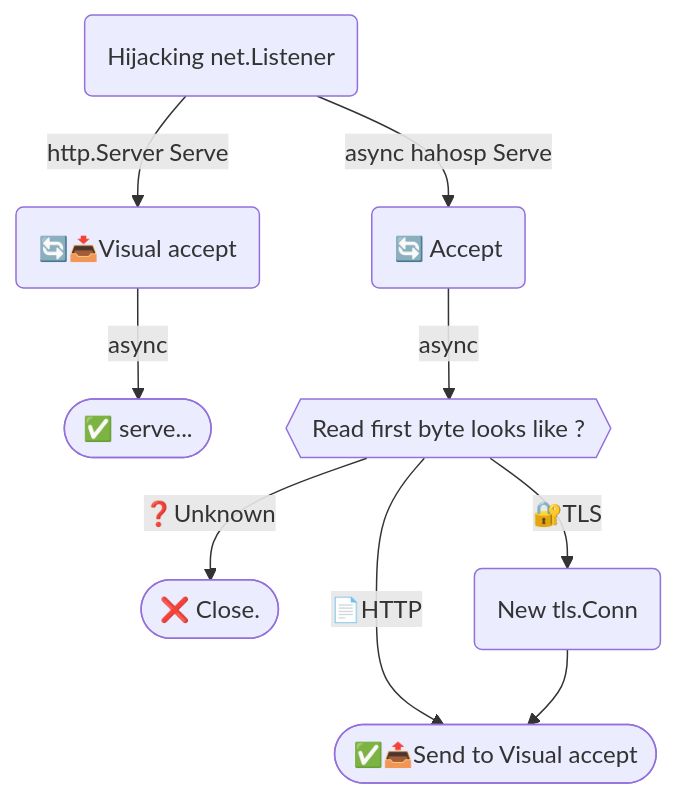
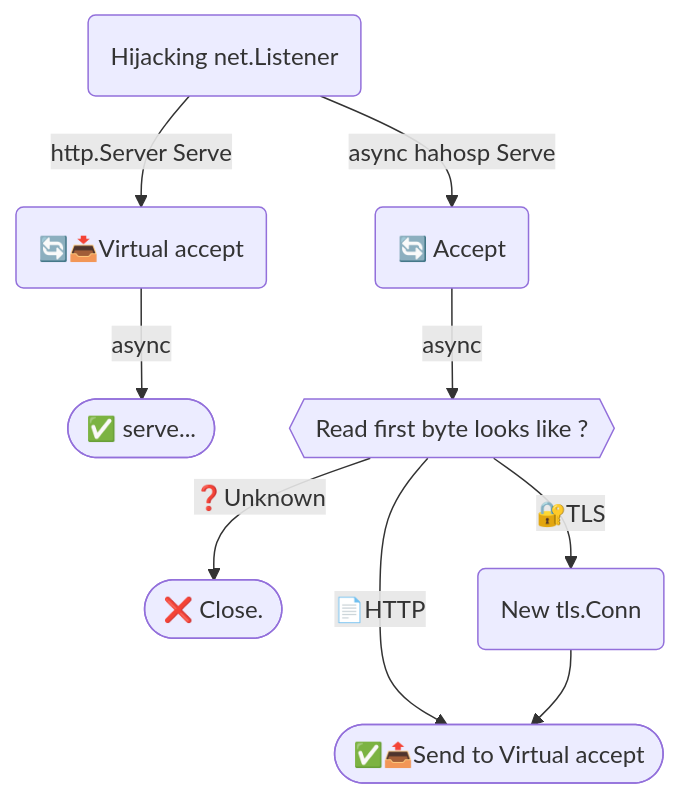
Before and after one commit to bddjr/hahosp: the diagram in README.md, drawn with Mermaid.

````diff
--- a/README.md
+++ b/README.md
@@ -39,17 +39,17 @@
 ```mermaid
 flowchart TD
-	VisualListener("Hijacking net.Listener")
-    VisualAccept("🔄📥Visual accept")
+	VirtualListener("Hijacking net.Listener")
+    VirtualAccept("🔄📥Virtual accept")
     Accept("🔄 Accept")
     Serve(["✅ serve..."])
 	LooksLike{{"Read first byte looks like ?"}}
 	Close(["❌ Close."])
-    SentToVA(["✅📤Send to Visual accept"])
+    SentToVA(["✅📤Send to Virtual accept"])
     NewTLS("New tls.Conn")
 
-    VisualListener -- "http.Server Serve" --> VisualAccept -- "async" --> Serve
-    VisualListener -- "async hahosp Serve" --> Accept -- "async"  --> LooksLike
+    VirtualListener -- "http.Server Serve" --> VirtualAccept -- "async" --> Serve
+    VirtualListener -- "async hahosp Serve" --> Accept -- "async"  --> LooksLike
     LooksLike -- "❓Unknown" --> Close
     LooksLike -- "📄HTTP" --> SentToVA
     LooksLike -- "🔐TLS" --> NewTLS --> SentToVA
 ```
````
